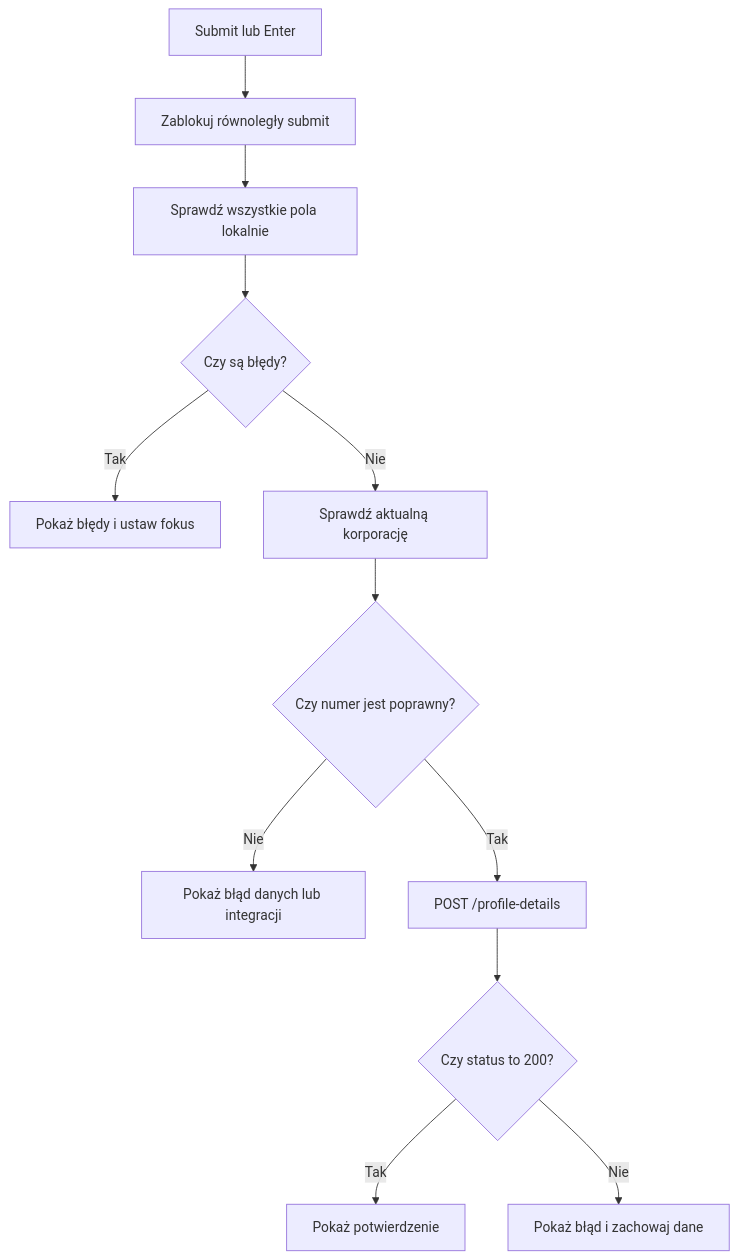
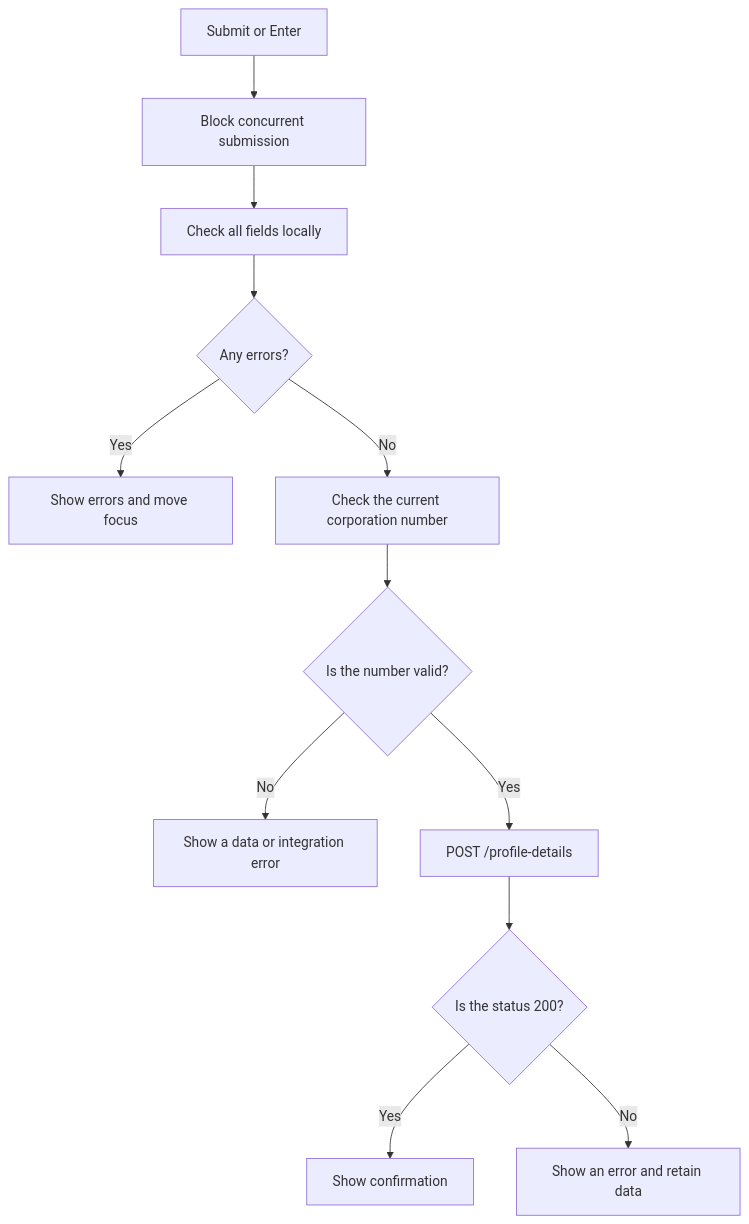
Before and after one commit to dominik-m1/venn: the second of 2 diagrams in IMPLEMENTATION_PLAN.md, drawn with Mermaid. The commit also changed other lines of this file and 3 other files, not shown here.

````diff
--- a/IMPLEMENTATION_PLAN.md
+++ b/IMPLEMENTATION_PLAN.md
@@ -666,14 +666,14 @@
 ```mermaid
 flowchart TD
-    Start["Submit lub Enter"] --> Lock["Zablokuj równoległy submit"]
-    Lock --> Local["Sprawdź wszystkie pola lokalnie"]
-    Local --> Errors{"Czy są błędy?"}
-    Errors -- Tak --> Show["Pokaż błędy i ustaw fokus"]
-    Errors -- Nie --> Remote["Sprawdź aktualną korporację"]
-    Remote --> Valid{"Czy numer jest poprawny?"}
-    Valid -- Nie --> Stop["Pokaż błąd danych lub integracji"]
-    Valid -- Tak --> Post["POST /profile-details"]
-    Post --> Result{"Czy status to 200?"}
-    Result -- Tak --> Success["Pokaż potwierdzenie"]
-    Result -- Nie --> Failure["Pokaż błąd i zachowaj dane"]
+    Start["Submit or Enter"] --> Lock["Block concurrent submission"]
+    Lock --> Local["Check all fields locally"]
+    Local --> Errors{"Any errors?"}
+    Errors -- Yes --> Show["Show errors and move focus"]
+    Errors -- No --> Remote["Check the current corporation number"]
+    Remote --> Valid{"Is the number valid?"}
+    Valid -- No --> Stop["Show a data or integration error"]
+    Valid -- Yes --> Post["POST /profile-details"]
+    Post --> Result{"Is the status 200?"}
+    Result -- Yes --> Success["Show confirmation"]
+    Result -- No --> Failure["Show an error and retain data"]
 ```
````
